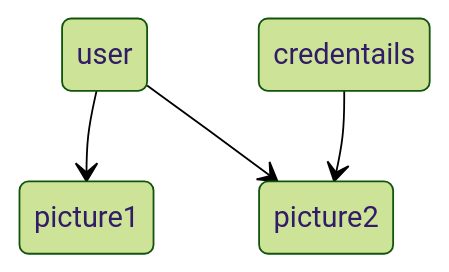
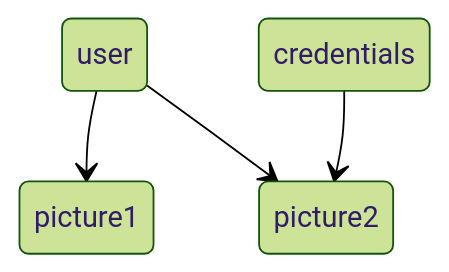
One commit to tuuhin/react_note_app changed the second of 2 diagrams in README.md. Above: the diagram before and after it, drawn with Mermaid (forest theme). The commit also changed other lines of this file and 2 other files, not shown here.

````diff
--- a/README.md
+++ b/README.md
@@ -34,6 +34,6 @@
   ```mermaid
   stateDiagram
   user --> picture1
   user --> picture2
-  credentails --> picture2
+  credentials --> picture2
   ```
````
